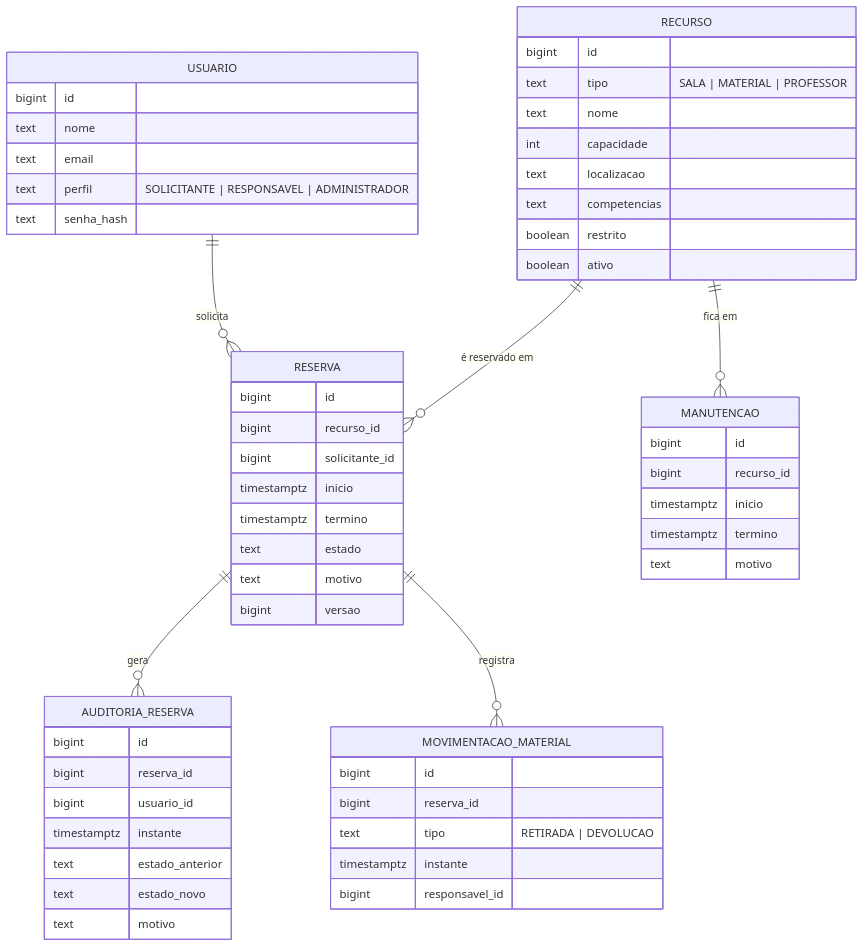
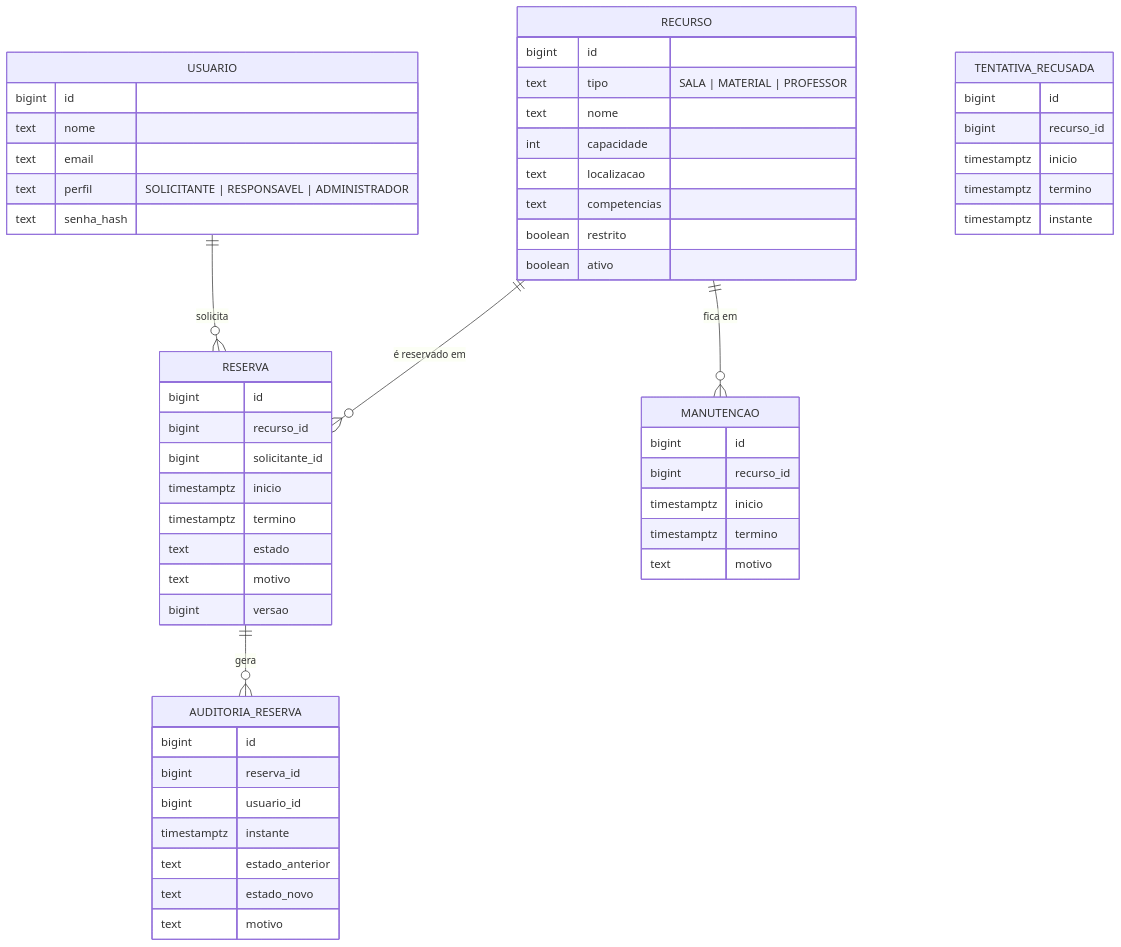
One commit to guilhermevianacloud/organizacao-recursos changed the fourth of 6 diagrams in docs/arquitetura.md. Above: the diagram before and after it, drawn with Mermaid. The commit also changed other lines of this file and 8 other files, not shown here.

````diff
--- a/docs/arquitetura.md
+++ b/docs/arquitetura.md
@@ -88,58 +99,57 @@
 ```mermaid
 erDiagram
     USUARIO ||--o{ RESERVA : solicita
     RECURSO ||--o{ RESERVA : "é reservado em"
     RECURSO ||--o{ MANUTENCAO : "fica em"
     RESERVA ||--o{ AUDITORIA_RESERVA : "gera"
-    RESERVA ||--o{ MOVIMENTACAO_MATERIAL : "registra"
     USUARIO {
         bigint id
         text nome
         text email
         text perfil "SOLICITANTE | RESPONSAVEL | ADMINISTRADOR"
         text senha_hash
     }
     RECURSO {
         bigint id
         text tipo "SALA | MATERIAL | PROFESSOR"
         text nome
         int capacidade
         text localizacao
         text competencias
         boolean restrito
         boolean ativo
     }
     RESERVA {
         bigint id
         bigint recurso_id
         bigint solicitante_id
         timestamptz inicio
         timestamptz termino
         text estado
         text motivo
         bigint versao
     }
     MANUTENCAO {
         bigint id
         bigint recurso_id
         timestamptz inicio
         timestamptz termino
         text motivo
     }
     AUDITORIA_RESERVA {
         bigint id
         bigint reserva_id
         bigint usuario_id
         timestamptz instante
         text estado_anterior
         text estado_novo
         text motivo
     }
-    MOVIMENTACAO_MATERIAL {
+    TENTATIVA_RECUSADA {
         bigint id
-        bigint reserva_id
-        text tipo "RETIRADA | DEVOLUCAO"
+        bigint recurso_id
+        timestamptz inicio
+        timestamptz termino
         timestamptz instante
-        bigint responsavel_id
     }
 ```
````
